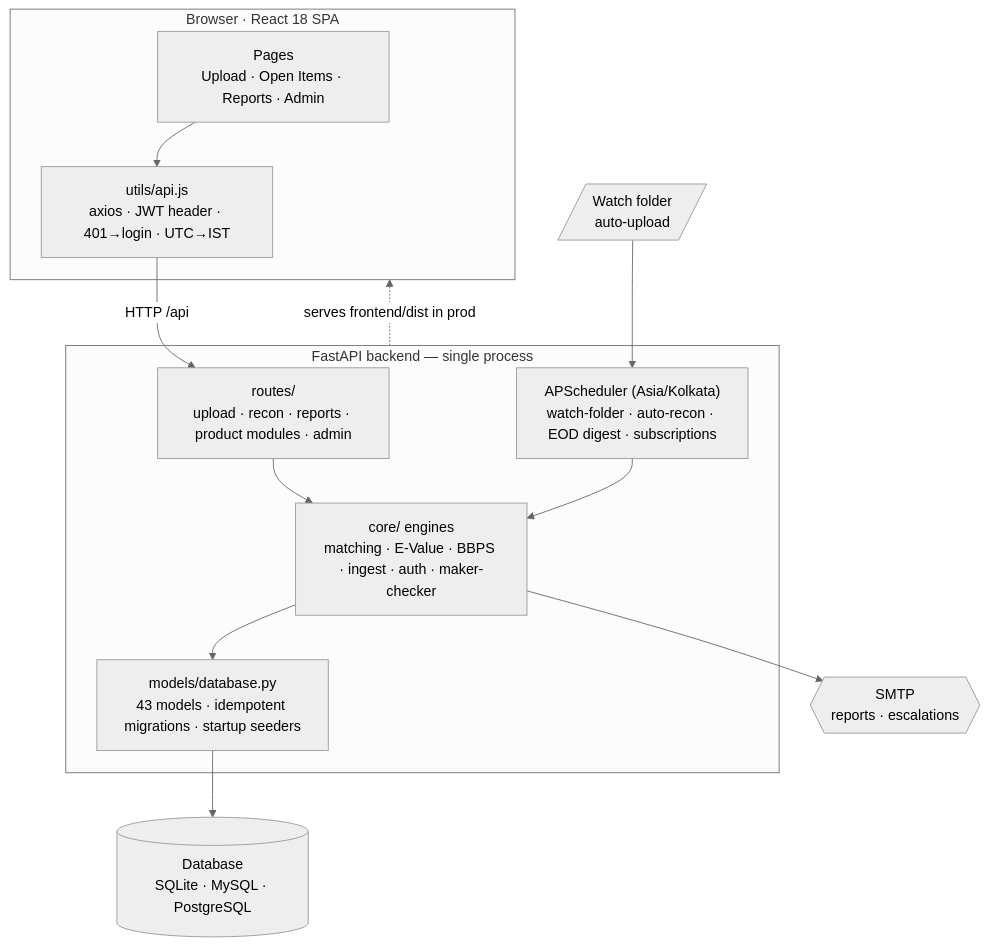
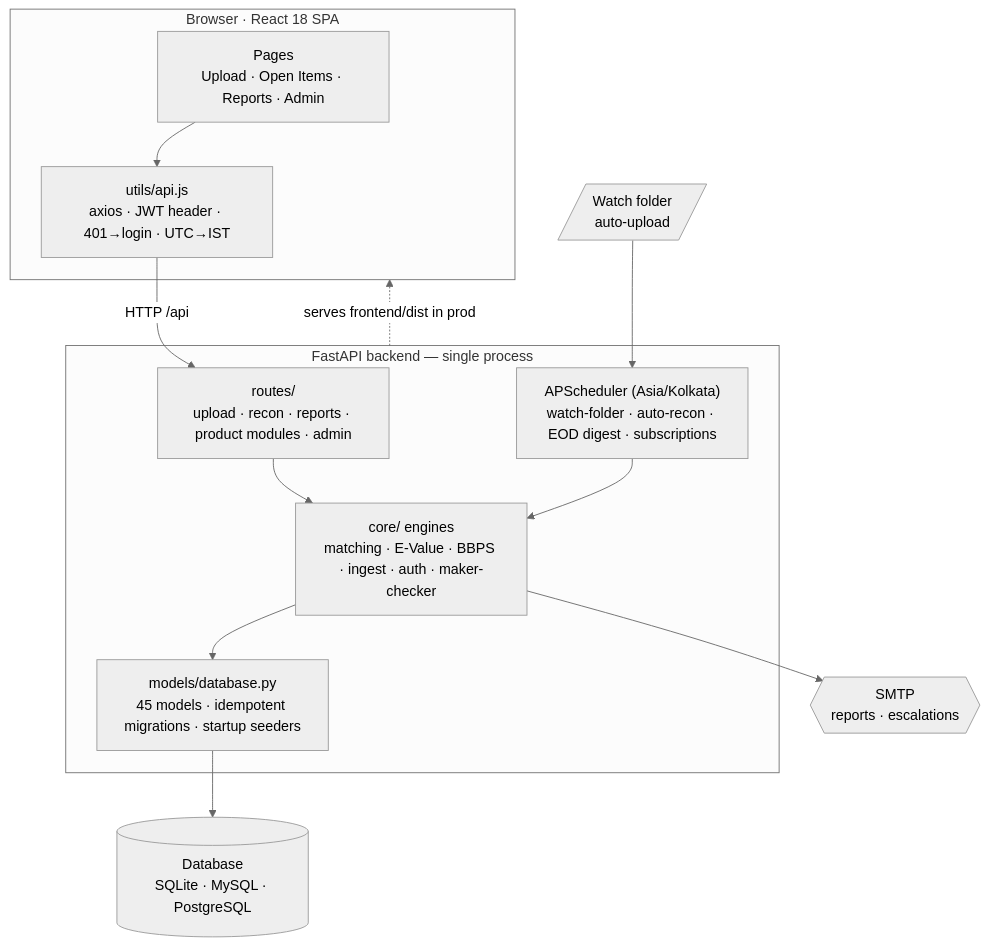
One commit to ekoindia/reconciliation-app changed the diagram in README.md. Above: the diagram before and after it, drawn with Mermaid (neutral theme). The commit also changed other lines of this file and 3 other files, not shown here.

````diff
--- a/README.md
+++ b/README.md
@@ -85,28 +87,28 @@
 ```mermaid
 flowchart TB
     subgraph client["Browser · React 18 SPA"]
         pages["Pages<br/>Upload · Open Items · Reports · Admin"]
         apijs["utils/api.js<br/>axios · JWT header · 401→login · UTC→IST"]
     end
 
     subgraph backend["FastAPI backend — single process"]
         routes["routes/<br/>upload · recon · reports · product modules · admin"]
         core["core/ engines<br/>matching · E-Value · BBPS · ingest · auth · maker-checker"]
         sched["APScheduler (Asia/Kolkata)<br/>watch-folder · auto-recon · EOD digest · subscriptions"]
-        models["models/database.py<br/>43 models · idempotent migrations · startup seeders"]
+        models["models/database.py<br/>45 models · idempotent migrations · startup seeders"]
     end
 
     db[("Database<br/>SQLite · MySQL · PostgreSQL")]
     watch[/"Watch folder<br/>auto-upload"/]
     smtp{{"SMTP<br/>reports · escalations"}}
 
     pages --> apijs
     apijs -->|"HTTP /api"| routes
     routes --> core
     core --> models
     models --> db
     watch --> sched
     sched --> core
     core --> smtp
     backend -.->|"serves frontend/dist in prod"| client
 ```
````
